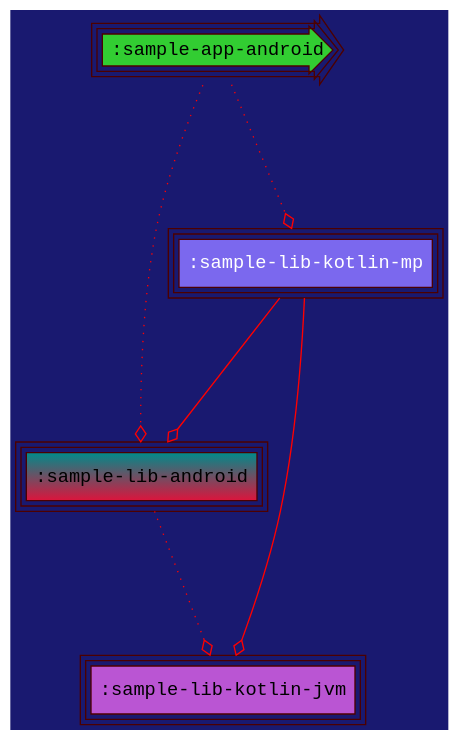
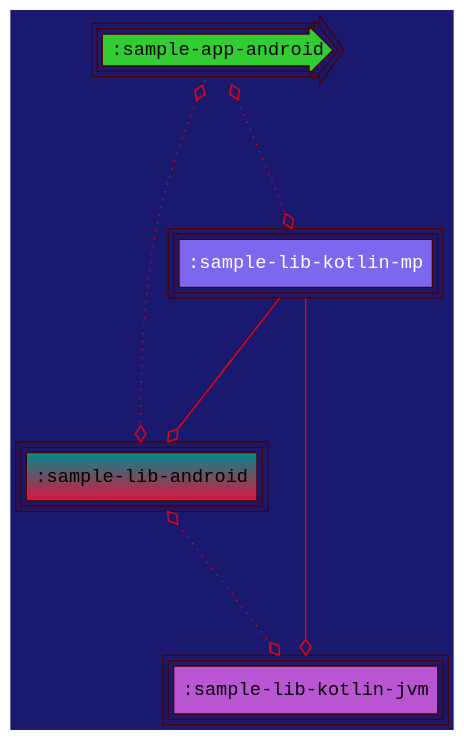
Before and after one commit to jonapoul/atlas: the diagram in samples/sample-graphviz/sample-lib-kotlin-jvm/modular/chart.dot, drawn with Graphviz. The commit also changed 58 other files, not shown here.

```diff
--- a/samples/sample-graphviz/sample-lib-kotlin-jvm/modular/chart.dot
+++ b/samples/sample-graphviz/sample-lib-kotlin-jvm/modular/chart.dot
@@ -1,14 +1,14 @@
 digraph {
   edge [arrowhead="ediamond",arrowtail="none",color="red",labelfloat="true",fontcolor="lime"]
   graph [layout="dot",bgcolor="MidnightBlue",fontsize="30",rankdir="TB",ranksep="1.5"]
   node [fontname="Courier New",peripheries="3",style="filled",shape="box",color="#4C0000"]
   ":sample-app-android" [shape="rarrow",style="radial",fillcolor="limegreen"]
   ":sample-lib-android" [gradientangle="90",fillcolor="crimson:cyan4"]
   ":sample-lib-kotlin-jvm" [fillcolor="mediumorchid"]
   ":sample-lib-kotlin-mp" [fontcolor="white",fillcolor="mediumslateblue"]
-  ":sample-app-android" -> ":sample-lib-android" [style="dotted"]
-  ":sample-app-android" -> ":sample-lib-kotlin-mp" [style="dotted"]
-  ":sample-lib-android" -> ":sample-lib-kotlin-jvm" [style="dotted"]
-  ":sample-lib-kotlin-mp" -> ":sample-lib-android" [style="solid"]
-  ":sample-lib-kotlin-mp" -> ":sample-lib-kotlin-jvm" [style="solid"]
+  ":sample-app-android" -> ":sample-lib-android" [style="dotted",dir="both",arrowtail="ediamond"]
+  ":sample-app-android" -> ":sample-lib-kotlin-mp" [style="dotted",dir="both",arrowtail="ediamond"]
+  ":sample-lib-android" -> ":sample-lib-kotlin-jvm" [style="dotted",dir="both",arrowtail="ediamond"]
+  ":sample-lib-kotlin-mp" -> ":sample-lib-android" [style="solid",weight="5"]
+  ":sample-lib-kotlin-mp" -> ":sample-lib-kotlin-jvm" [style="solid",weight="5"]
 }
```
